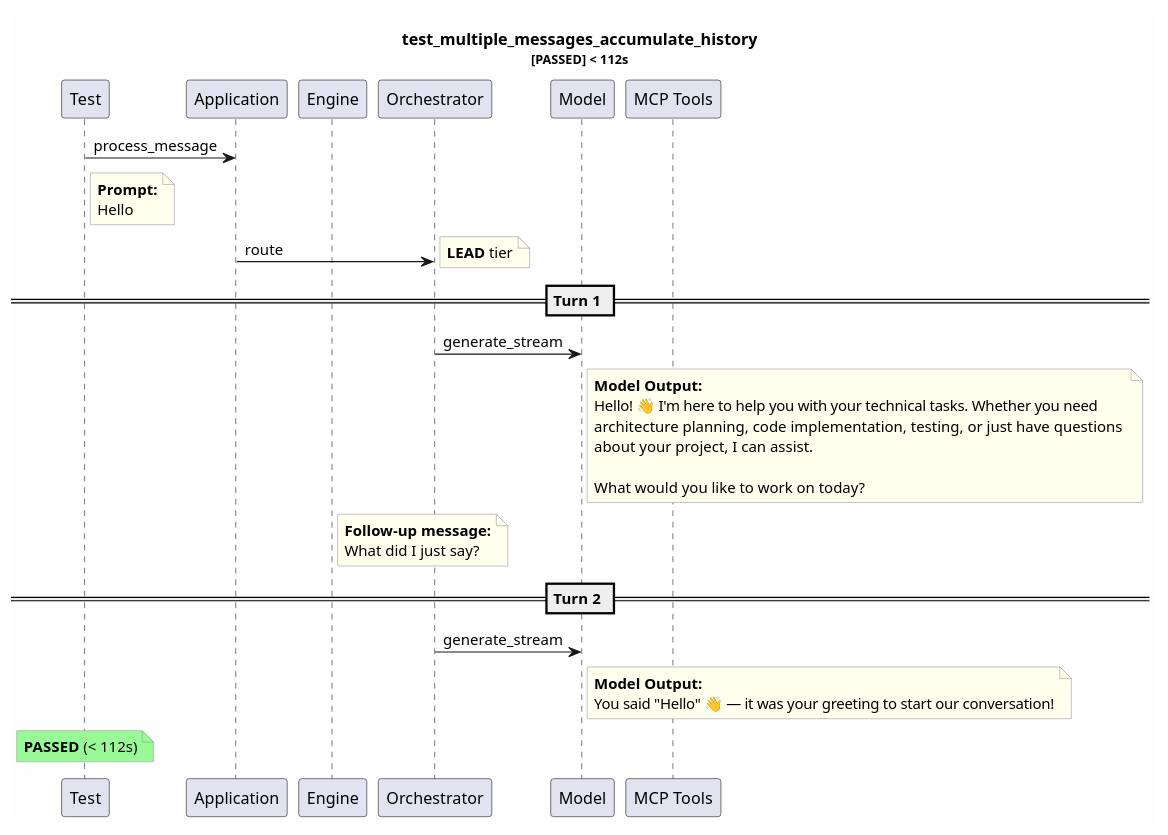
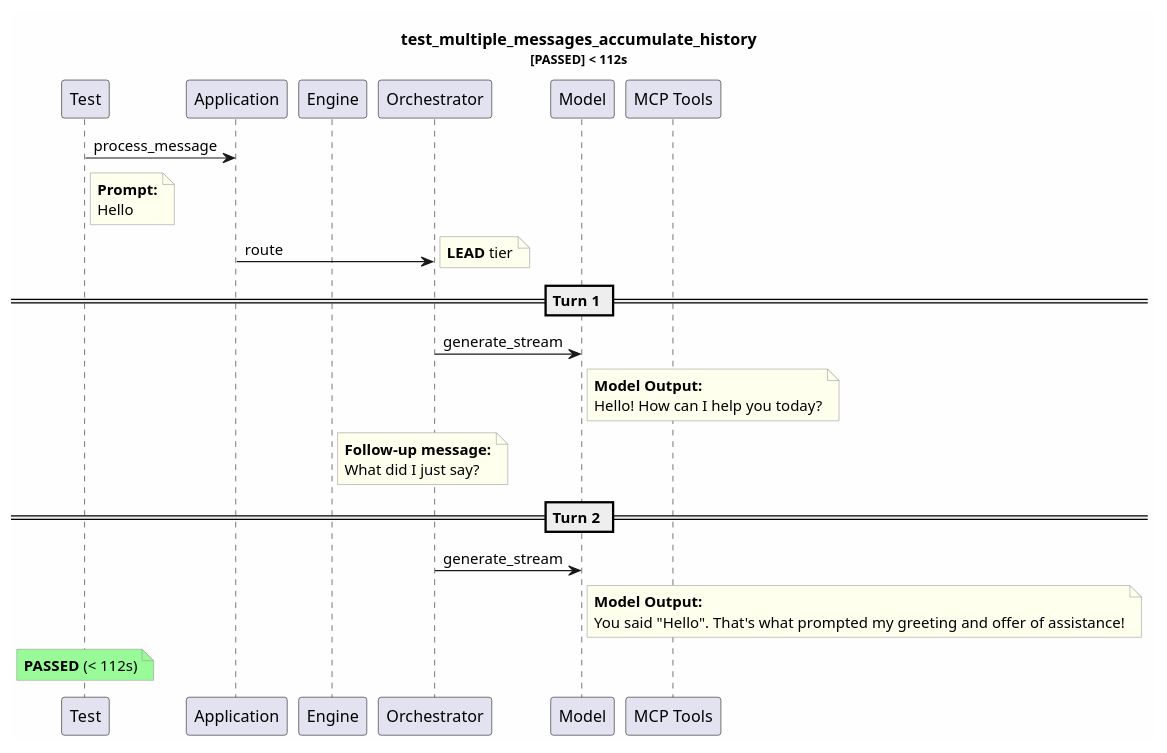
The diagram in test-reports/logs/test_multiple_messages_accumulate_history/test_multiple_messages_accumulate_history.puml (tvanfossen/entropic), drawn with PlantUML before and after one commit. The commit also changed 16 other files, not shown here.

```diff
--- a/test-reports/logs/test_multiple_messages_accumulate_history/test_multiple_messages_accumulate_history.puml
+++ b/test-reports/logs/test_multiple_messages_accumulate_history/test_multiple_messages_accumulate_history.puml
@@ -1,45 +1,41 @@
 @startuml
 skinparam backgroundColor #FEFEFE
 skinparam noteBorderColor #999999
 skinparam noteBackgroundColor #FFFFEE
 title test_multiple_messages_accumulate_history\n<size:11>[PASSED] < 112s</size>
 
 participant "Test" as T
 participant "Application" as App
 participant "Engine" as Eng
 participant "Orchestrator" as Orch
 participant "Model" as Mdl
 participant "MCP Tools" as MCP
 
 T -> App: process_message
 note right of T
   **Prompt:**
   Hello
 end note
 App -> Orch: route
 note right: **LEAD** tier
 == Turn 1 ==
 Orch -> Mdl: generate_stream
 note right of Mdl
   **Model Output:**
-  Hello! 👋 I'm here to help you with your technical tasks. Whether you need 
-  architecture planning, code implementation, testing, or just have questions 
-  about your project, I can assist.
-  
-  What would you like to work on today?
+  Hello! How can I help you today?
 end note
 note right of Eng
   **Follow-up message:**
   What did I just say?
 end note
 == Turn 2 ==
 Orch -> Mdl: generate_stream
 note right of Mdl
   **Model Output:**
-  You said "Hello" 👋 — it was your greeting to start our conversation!
+  You said "Hello". That's what prompted my greeting and offer of assistance!
 end note
 note over T #palegreen
   **PASSED** (< 112s)
 end note
 
 @enduml
```
